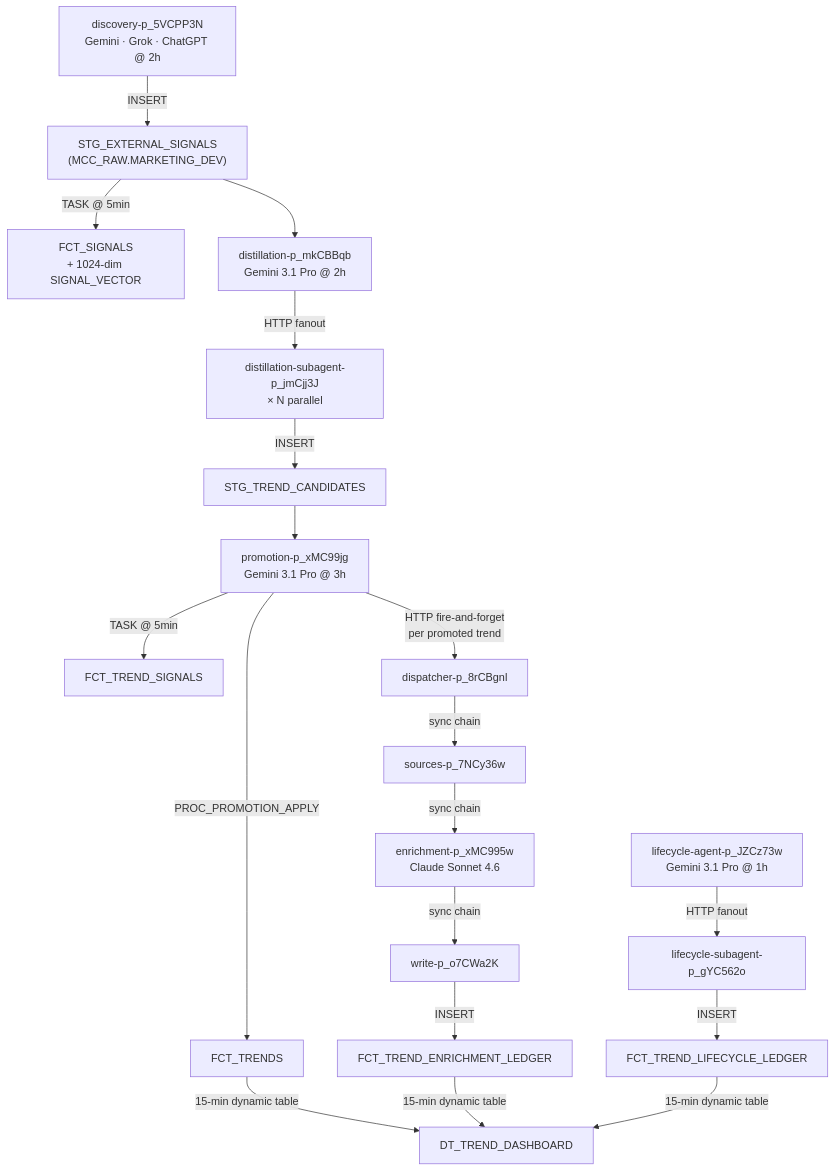
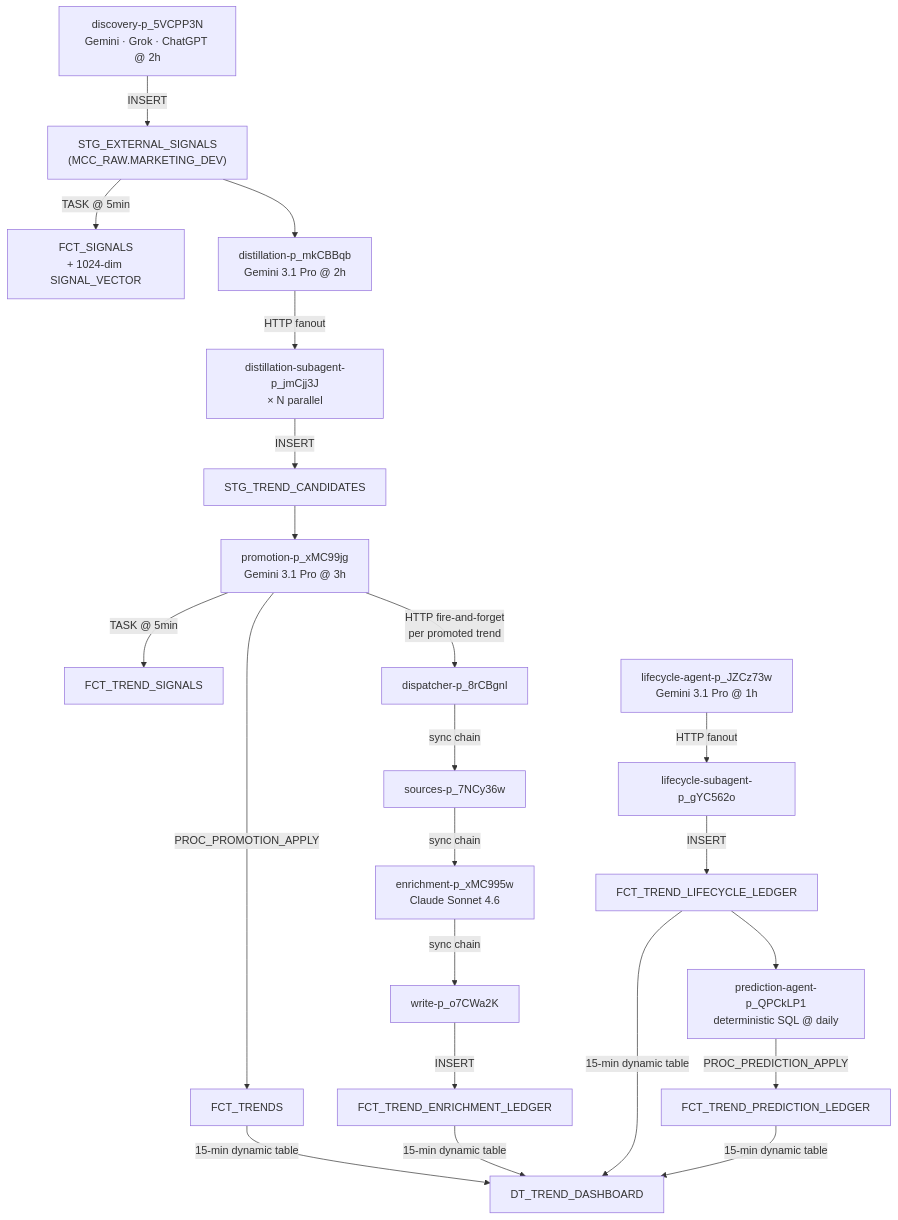
The diagram in docs/architecture.md (mjmena/Trend-Tree), drawn with Mermaid before and after one commit. The commit also changed other lines of this file and 6 other files, not shown here.

First line of the commit message:
docs(atlas): dashboard explainability + glossary; prediction-agent docs

````diff
--- a/docs/architecture.md
+++ b/docs/architecture.md
@@ -25,19 +25,21 @@
 ```mermaid
 flowchart TD
     A["discovery-p_5VCPP3N\nGemini · Grok · ChatGPT @ 2h"] -->|INSERT| B["STG_EXTERNAL_SIGNALS\n(MCC_RAW.MARKETING_DEV)"]
     B -->|"TASK @ 5min"| C["FCT_SIGNALS\n+ 1024-dim SIGNAL_VECTOR"]
     B --> D["distillation-p_mkCBBqb\nGemini 3.1 Pro @ 2h"]
     D -->|"HTTP fanout"| D2["distillation-subagent-p_jmCjj3J\n× N parallel"]
     D2 -->|INSERT| E["STG_TREND_CANDIDATES"]
     E --> F["promotion-p_xMC99jg\nGemini 3.1 Pro @ 3h"]
     F -->|"PROC_PROMOTION_APPLY"| G["FCT_TRENDS"]
     F -->|"TASK @ 5min"| G2["FCT_TREND_SIGNALS"]
     F -->|"HTTP fire-and-forget\nper promoted trend"| H["dispatcher-p_8rCBgnl"]
     H -->|sync chain| H1["sources-p_7NCy36w"]
     H1 -->|sync chain| H2["enrichment-p_xMC995w\nClaude Sonnet 4.6"]
     H2 -->|sync chain| H3["write-p_o7CWa2K"]
     H3 -->|INSERT| I["FCT_TREND_ENRICHMENT_LEDGER"]
     J["lifecycle-agent-p_JZCz73w\nGemini 3.1 Pro @ 1h"] -->|"HTTP fanout"| J2["lifecycle-subagent-p_gYC562o"]
     J2 -->|INSERT| K["FCT_TREND_LIFECYCLE_LEDGER"]
-    G & I & K -->|"15-min dynamic table"| L["DT_TREND_DASHBOARD"]
+    P["prediction-agent-p_QPCkLP1\ndeterministic SQL @ daily"] -->|"PROC_PREDICTION_APPLY"| P2["FCT_TREND_PREDICTION_LEDGER"]
+    K --> P
+    G & I & K & P2 -->|"15-min dynamic table"| L["DT_TREND_DASHBOARD"]
 ```
````
